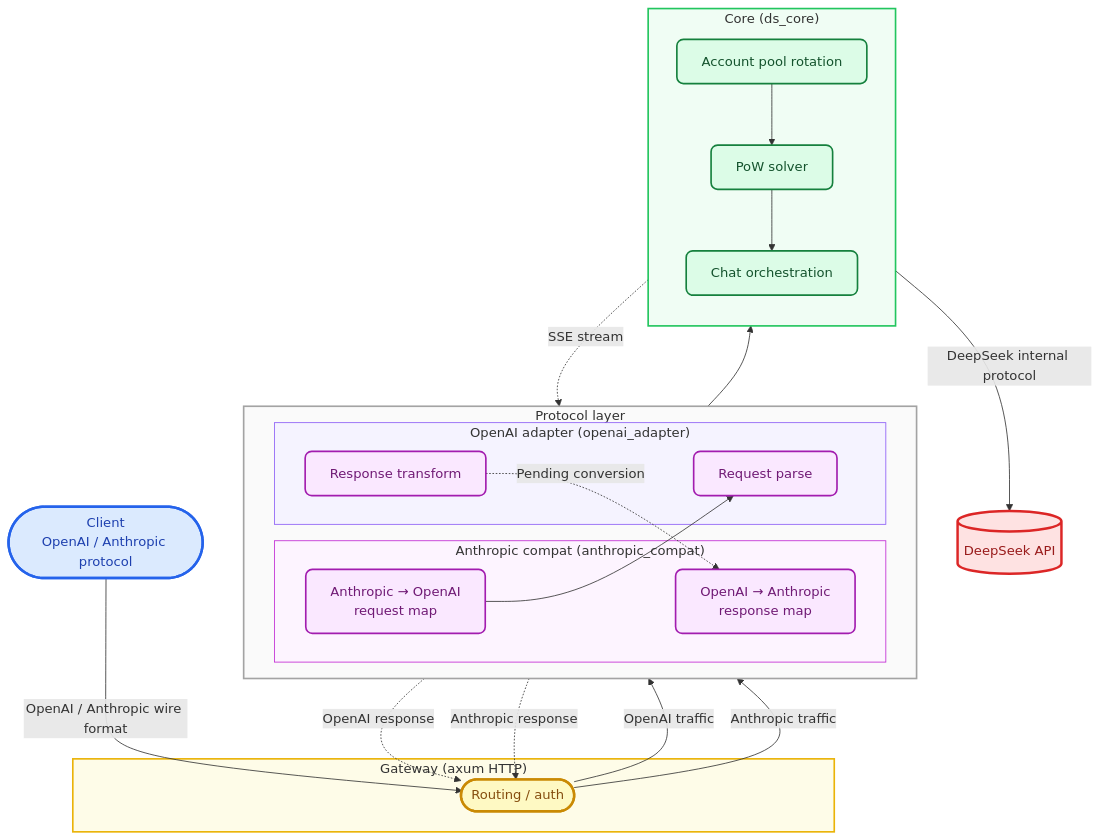
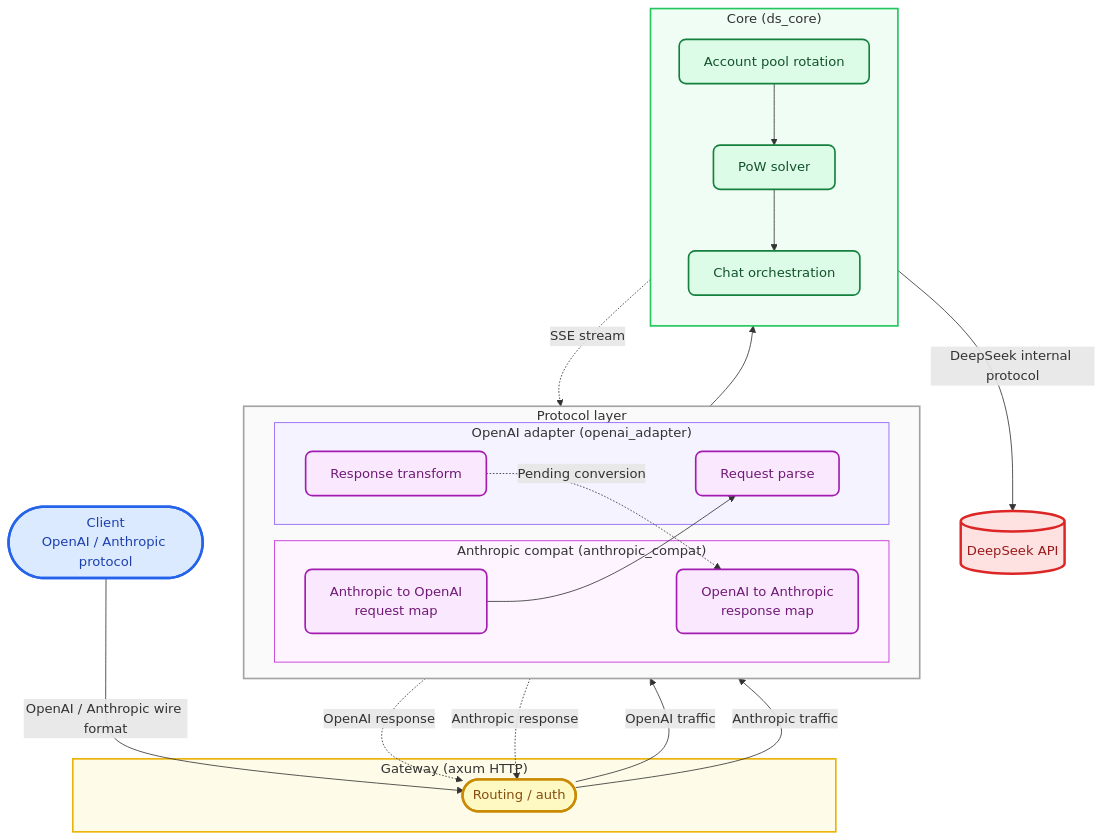
The diagram in README.md (bkataru/ds-free-api), drawn with Mermaid before and after one commit. The commit also changed other lines of this file and 21 other files, not shown here.

````diff
--- a/README.md
+++ b/README.md
@@ -146,62 +157,62 @@
 ```mermaid
 flowchart TB
     %% ========== Style definitions ==========
     classDef client fill:#dbeafe,stroke:#2563eb,stroke-width:3px,color:#1e40af,rx:12,ry:12
     classDef gateway fill:#fef9c3,stroke:#ca8a04,stroke-width:3px,color:#854d0e,rx:10,ry:10
     classDef adapter fill:#fae8ff,stroke:#a21caf,stroke-width:2px,color:#701a75,rx:8,ry:8
     classDef core fill:#dcfce7,stroke:#15803d,stroke-width:2px,color:#14532d,rx:8,ry:8
     classDef external fill:#fee2e2,stroke:#dc2626,stroke-width:3px,color:#991b1b,rx:4,ry:4
 
     %% ========== Nodes ==========
     Client(["Client<br/>OpenAI / Anthropic protocol"]):::client
 
     subgraph GW ["Gateway (axum HTTP)"]
         Server(["Routing / auth"]):::gateway
     end
 
     subgraph PL ["Protocol layer"]
         direction LR
 
         subgraph AC ["Anthropic compat (anthropic_compat)"]
-            A2OReq["Anthropic → OpenAI<br/>request map"]:::adapter
-            O2AResp["OpenAI → Anthropic<br/>response map"]:::adapter
+            A2OReq["Anthropic to OpenAI<br/>request map"]:::adapter
+            O2AResp["OpenAI to Anthropic<br/>response map"]:::adapter
         end
 
         subgraph OA ["OpenAI adapter (openai_adapter)"]
             ReqParse["Request parse"]:::adapter
             RespTrans["Response transform"]:::adapter
         end
     end
 
     subgraph CL ["Core (ds_core)"]
         direction TB
         Pool["Account pool rotation"]:::core
         Pow["PoW solver"]:::core
         Chat["Chat orchestration"]:::core
     end
 
     DeepSeek[("DeepSeek API")]:::external
 
     %% ========== Request path ==========
     Client -->|"OpenAI / Anthropic wire format"| Server
     Server -->|"OpenAI traffic"| ReqParse
     Server -->|"Anthropic traffic"| A2OReq
     A2OReq --> ReqParse
     ReqParse --> Pool
     Pool --> Pow
     Pow --> Chat
     Chat -->|"DeepSeek internal protocol"| DeepSeek
 
     %% ========== Response path ==========
     Chat -.->|"SSE stream"| RespTrans
     RespTrans -.->|"OpenAI response"| Server
     RespTrans -.->|"Pending conversion"| O2AResp
     O2AResp -.->|"Anthropic response"| Server
 
     %% ========== Subgraph styling ==========
     style GW fill:#fefce8,stroke:#eab308,stroke-width:2px
     style PL fill:#fafafa,stroke:#a3a3a3,stroke-width:2px
     style AC fill:#fdf4ff,stroke:#c026d3,stroke-width:1px
     style OA fill:#f5f3ff,stroke:#8b5cf6,stroke-width:1px
     style CL fill:#f0fdf4,stroke:#22c55e,stroke-width:2px
 ```
````
